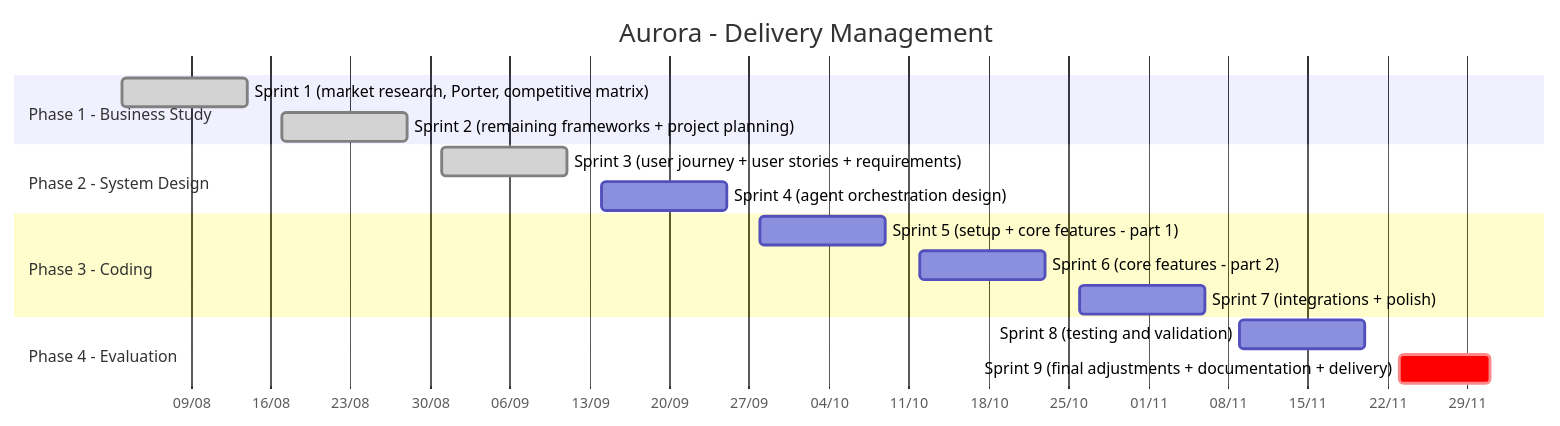
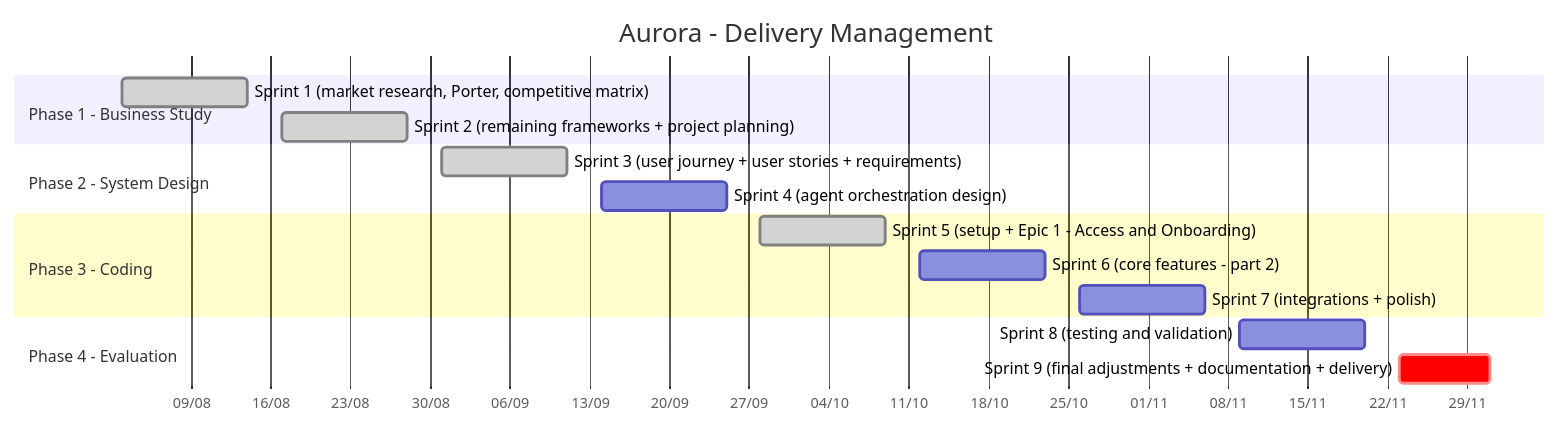
One commit to kaianes/Aurora changed the diagram in README.md. Above: the diagram before and after it, drawn with Mermaid. The commit also changed other lines of this file and 147 other files, not shown here.

First line of the commit message:
feat: implement Epic 1 (Access and Onboarding) with agent pipeline

````diff
--- a/README.md
+++ b/README.md
@@ -37,23 +38,23 @@
 ```mermaid
 gantt
     title Aurora - Delivery Management
     dateFormat  YYYY-MM-DD
     axisFormat  %d/%m
 
     section Phase 1 - Business Study
     Sprint 1 (market research, Porter, competitive matrix)       :done, s1, 2026-08-03, 2026-08-14
     Sprint 2 (remaining frameworks + project planning)           :done, s2, 2026-08-17, 2026-08-28
 
     section Phase 2 - System Design
     Sprint 3 (user journey + user stories + requirements)        :done, s3, 2026-08-31, 2026-09-11
     Sprint 4 (agent orchestration design)                        :s4, 2026-09-14, 2026-09-25
 
     section Phase 3 - Coding
-    Sprint 5 (setup + core features - part 1)                    :s5, 2026-09-28, 2026-10-09
+    Sprint 5 (setup + Epic 1 - Access and Onboarding)             :done, s5, 2026-09-28, 2026-10-09
     Sprint 6 (core features - part 2)                            :s6, 2026-10-12, 2026-10-23
     Sprint 7 (integrations + polish)                             :s7, 2026-10-26, 2026-11-06
 
     section Phase 4 - Evaluation
     Sprint 8 (testing and validation)                            :s8, 2026-11-09, 2026-11-20
     Sprint 9 (final adjustments + documentation + delivery)      :crit, s9, 2026-11-23, 2026-12-01
 ```
````
